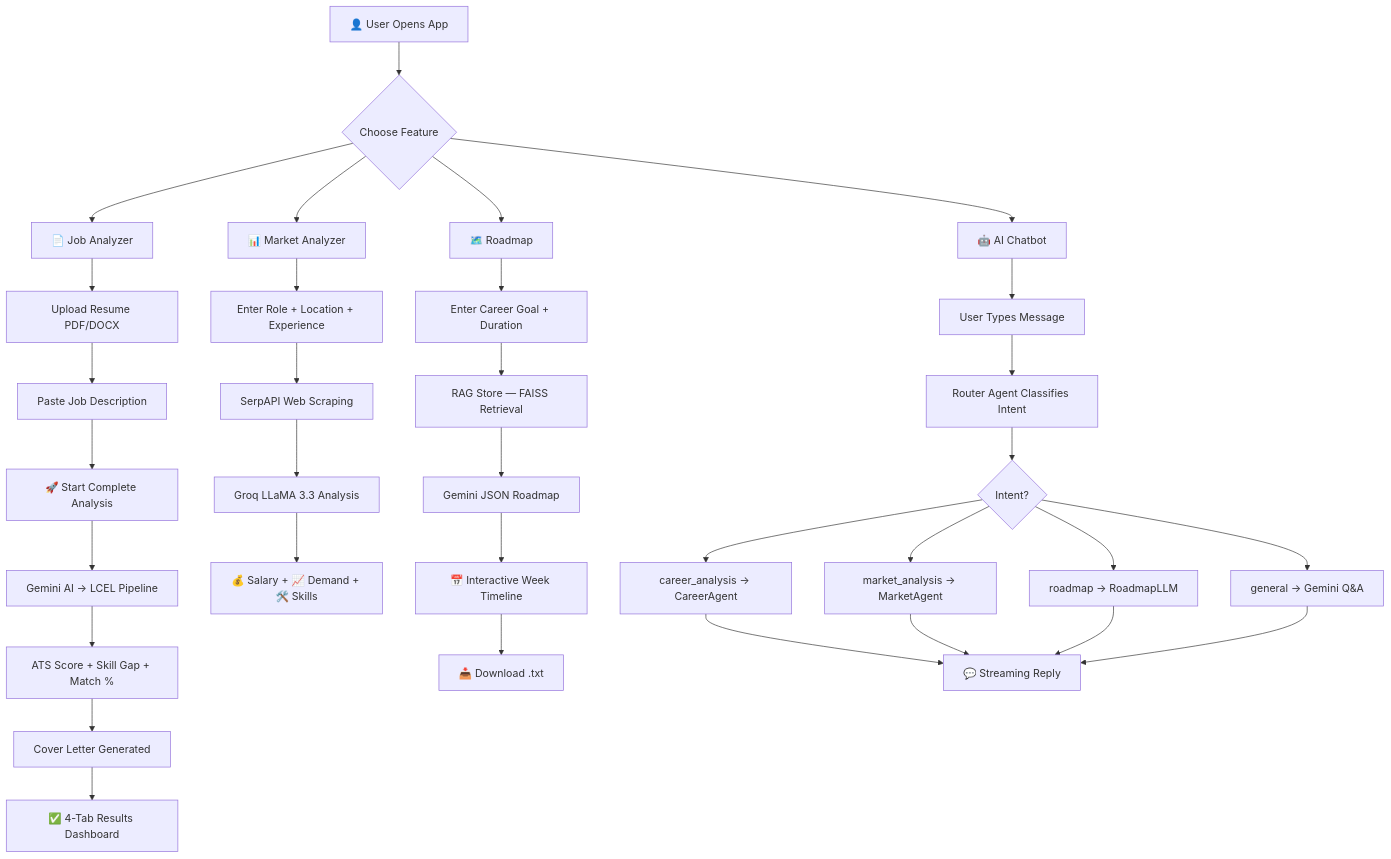
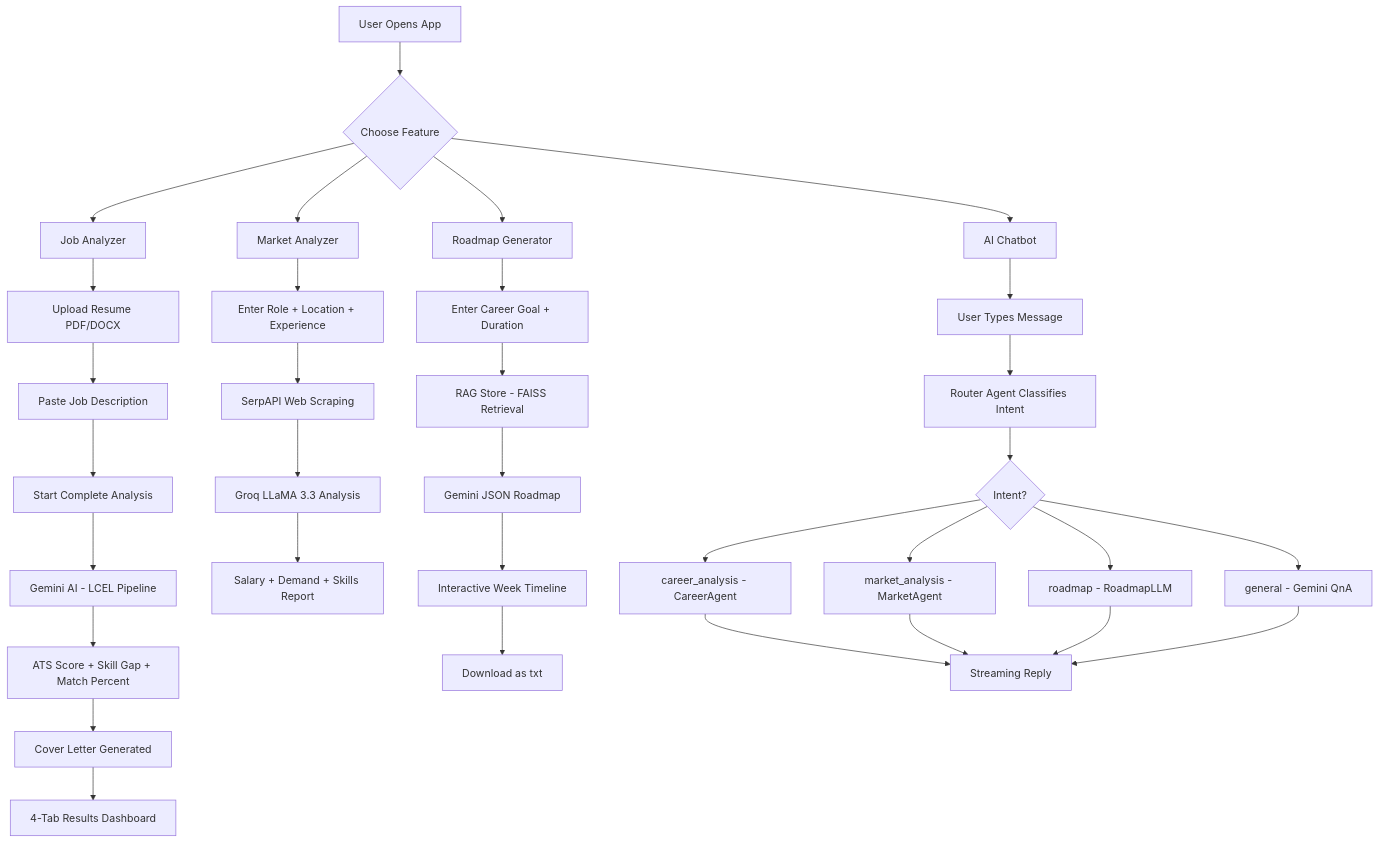
One commit to codexankiiit31/Student-Career-Analyser-Agent changed the diagram in README.md. Above: the diagram before and after it, drawn with Mermaid. The commit also changed other lines of this file, not shown here.

````diff
--- a/README.md
+++ b/README.md
@@ -107,37 +107,37 @@
 ```mermaid
 flowchart TD
-    A[👤 User Opens App] --> B{Choose Feature}
+    A[User Opens App] --> B{Choose Feature}
 
-    B --> C[📄 Job Analyzer]
-    B --> D[📊 Market Analyzer]
-    B --> E[🗺️ Roadmap]
-    B --> F[🤖 AI Chatbot]
+    B --> C[Job Analyzer]
+    B --> D[Market Analyzer]
+    B --> E[Roadmap Generator]
+    B --> F[AI Chatbot]
 
     C --> C1[Upload Resume PDF/DOCX]
     C1 --> C2[Paste Job Description]
-    C2 --> C3[🚀 Start Complete Analysis]
-    C3 --> C4[Gemini AI → LCEL Pipeline]
-    C4 --> C5[ATS Score + Skill Gap + Match %]
+    C2 --> C3[Start Complete Analysis]
+    C3 --> C4[Gemini AI - LCEL Pipeline]
+    C4 --> C5[ATS Score + Skill Gap + Match Percent]
     C5 --> C6[Cover Letter Generated]
-    C6 --> C7[✅ 4-Tab Results Dashboard]
+    C6 --> C7[4-Tab Results Dashboard]
 
     D --> D1[Enter Role + Location + Experience]
     D1 --> D2[SerpAPI Web Scraping]
     D2 --> D3[Groq LLaMA 3.3 Analysis]
-    D3 --> D4[💰 Salary + 📈 Demand + 🛠️ Skills]
+    D3 --> D4[Salary + Demand + Skills Report]
 
     E --> E1[Enter Career Goal + Duration]
-    E1 --> E2[RAG Store — FAISS Retrieval]
+    E1 --> E2[RAG Store - FAISS Retrieval]
     E2 --> E3[Gemini JSON Roadmap]
-    E3 --> E4[📅 Interactive Week Timeline]
-    E4 --> E5[📥 Download .txt]
+    E3 --> E4[Interactive Week Timeline]
+    E4 --> E5[Download as txt]
 
     F --> F1[User Types Message]
     F1 --> F2[Router Agent Classifies Intent]
     F2 --> F3{Intent?}
-    F3 --> F4[career_analysis → CareerAgent]
-    F3 --> F5[market_analysis → MarketAgent]
-    F3 --> F6[roadmap → RoadmapLLM]
-    F3 --> F7[general → Gemini Q&A]
-    F4 & F5 & F6 & F7 --> F8[💬 Streaming Reply]
+    F3 --> F4[career_analysis - CareerAgent]
+    F3 --> F5[market_analysis - MarketAgent]
+    F3 --> F6[roadmap - RoadmapLLM]
+    F3 --> F7[general - Gemini QnA]
+    F4 & F5 & F6 & F7 --> F8[Streaming Reply]
 ```
````
